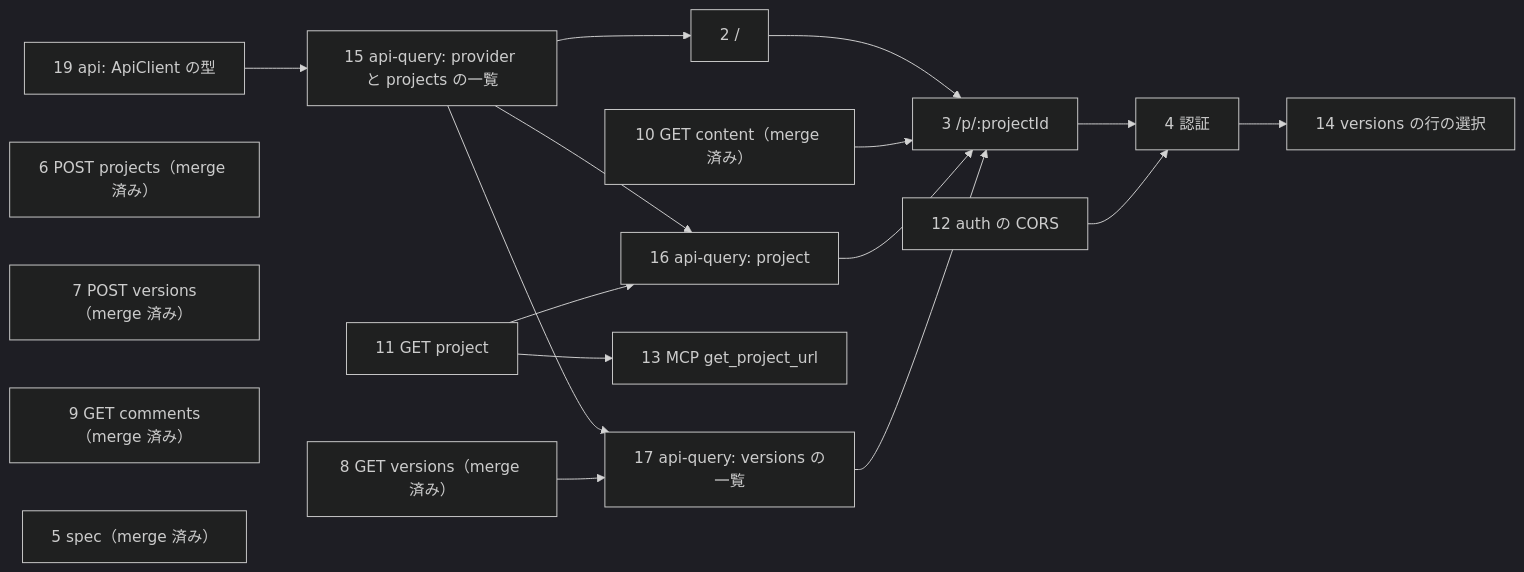
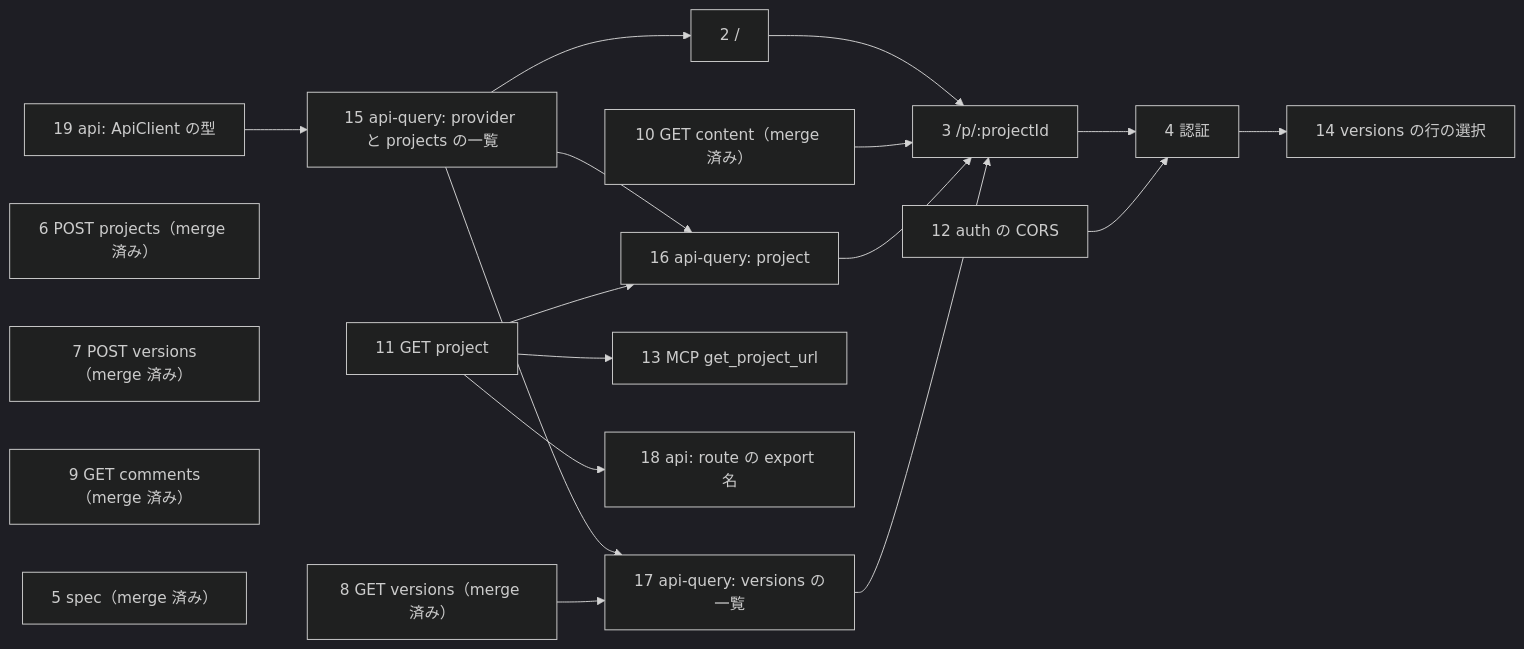
One commit to taiki-kuraishi/karibari changed diagram 11 of 11 in docs/superpowers/specs/2026-10-06-owner-viewer-design/README.md. Above: the diagram before and after it, drawn with Mermaid (dark theme). The commit also changed other lines of this file and 1 other file, not shown here.

Commit message:
📝 docs: add the route export name phase to the owner-viewer design

````diff
--- a/docs/superpowers/specs/2026-10-06-owner-viewer-design/README.md
+++ b/docs/superpowers/specs/2026-10-06-owner-viewer-design/README.md
@@ -381,21 +382,22 @@
 ```mermaid
 flowchart LR
   p19["19 api: ApiClient の型"] --> p15["15 api-query: provider と projects の一覧"]
   p15 --> p2["2 /"]
   p15 --> p16["16 api-query: project"]
   p15 --> p17["17 api-query: versions の一覧"]
   p11["11 GET project"] --> p16
   p11 --> p13["13 MCP get_project_url"]
+  p11 --> p18["18 api: route の export 名"]
   p8["8 GET versions（merge 済み）"] --> p17
   p2 --> p3["3 /p/:projectId"]
   p10["10 GET content（merge 済み）"] --> p3
   p16 --> p3
   p17 --> p3
   p3 --> p4["4 認証"]
   p12["12 auth の CORS"] --> p4
   p4 --> p14["14 versions の行の選択"]
   p6["6 POST projects（merge 済み）"]
   p7["7 POST versions（merge 済み）"]
   p9["9 GET comments（merge 済み）"]
   p5["5 spec（merge 済み）"]
 ```
````
